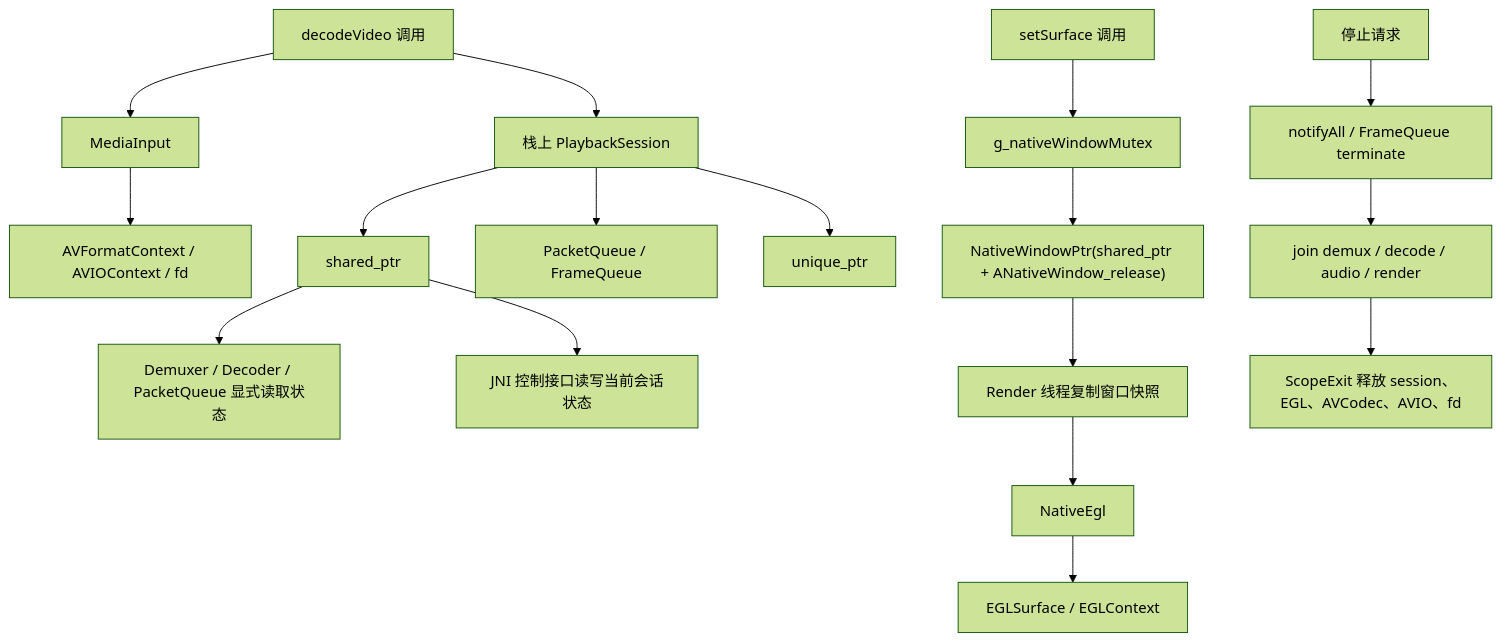
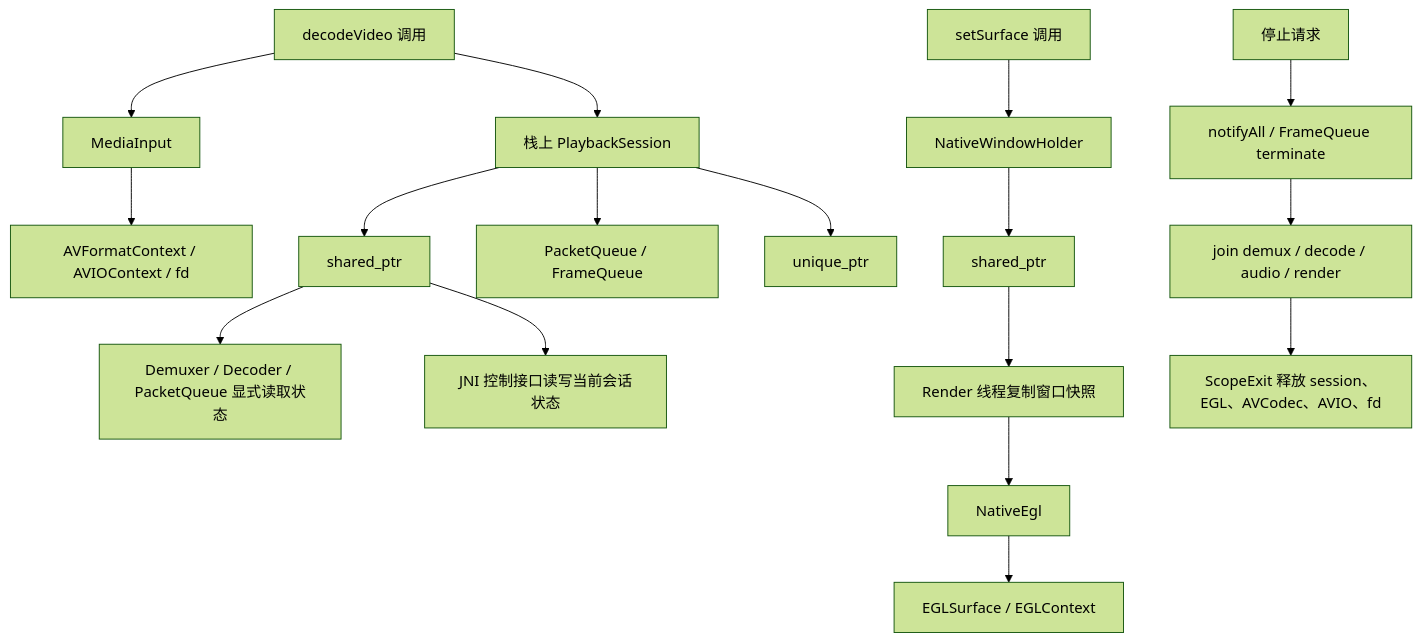
One commit to Skyline7190/VideoDecoder changed the fifth of 5 diagrams in README.md. Above: the diagram before and after it, drawn with Mermaid (forest theme). The commit also changed other lines of this file and 4 other files, not shown here.

Commit message:
Extract native window holder

````diff
--- a/README.md
+++ b/README.md
@@ -204,21 +205,21 @@
 ```mermaid
 flowchart TB
     DecodeCall["decodeVideo 调用"] --> LocalSession["栈上 PlaybackSession"]
     DecodeCall --> Input["MediaInput"]
     Input --> InputResource["AVFormatContext / AVIOContext / fd"]
     LocalSession --> State["shared_ptr<PlaybackState>"]
     LocalSession --> Queues["PacketQueue / FrameQueue"]
     LocalSession --> AudioPtr["unique_ptr<AudioRenderer>"]
     State --> DemuxerState["Demuxer / Decoder / PacketQueue 显式读取状态"]
     State --> JniState["JNI 控制接口读写当前会话状态"]
 
-    SurfaceCall["setSurface 调用"] --> WindowLock["g_nativeWindowMutex"]
-    WindowLock --> SharedWindow["NativeWindowPtr(shared_ptr + ANativeWindow_release)"]
+    SurfaceCall["setSurface 调用"] --> WindowHolder["NativeWindowHolder"]
+    WindowHolder --> SharedWindow["shared_ptr<ANativeWindow>"]
     SharedWindow --> RenderSnapshot["Render 线程复制窗口快照"]
     RenderSnapshot --> NativeEgl["NativeEgl"]
     NativeEgl --> EGLSurface["EGLSurface / EGLContext"]
 
     Stop["停止请求"] --> Wake["notifyAll / FrameQueue terminate"]
     Wake --> Join["join demux / decode / audio / render"]
     Join --> Cleanup["ScopeExit 释放 session、EGL、AVCodec、AVIO、fd"]
 ```
````
